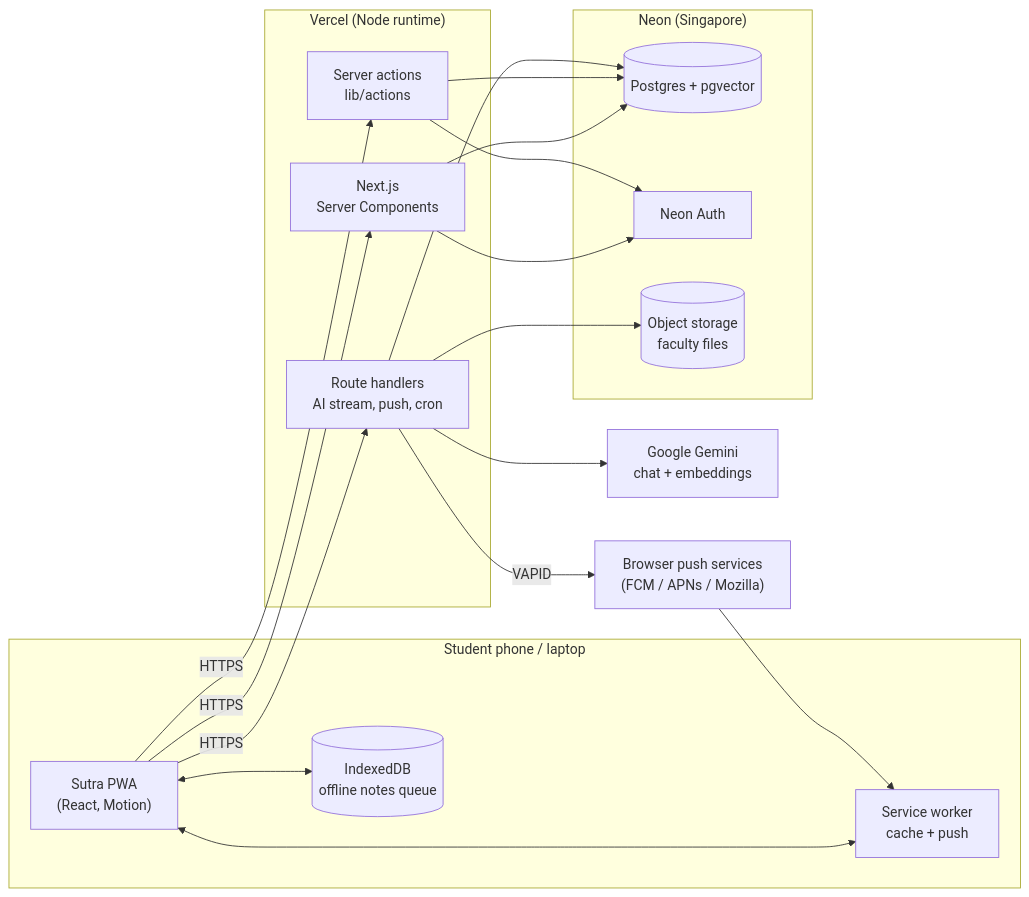
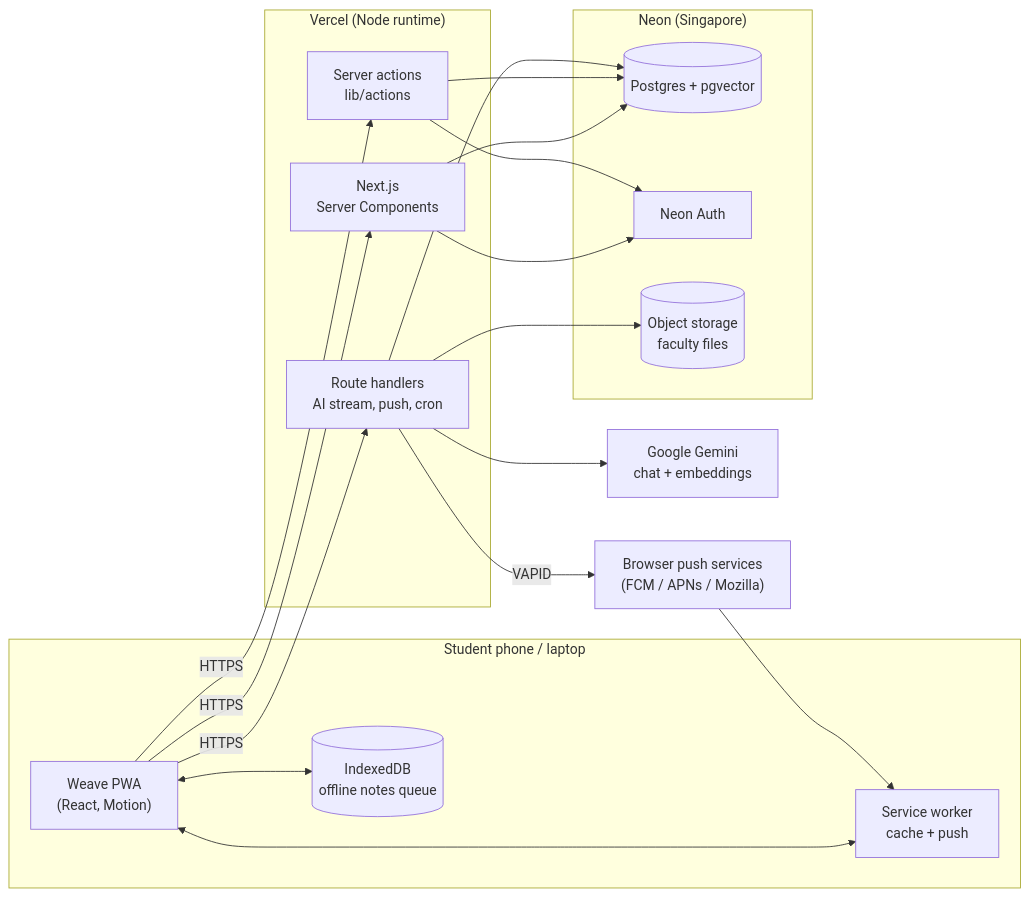
Before and after one commit to adarzhpathade/weave: the diagram in docs/architecture.md, drawn with Mermaid. The commit also changed 13 other files, not shown here.

````diff
--- a/docs/architecture.md
+++ b/docs/architecture.md
@@ -5,29 +5,29 @@
 ```mermaid
 flowchart LR
   subgraph Device["Student phone / laptop"]
-    UI["Sutra PWA<br/>(React, Motion)"]
+    UI["Weave PWA<br/>(React, Motion)"]
     SW["Service worker<br/>cache + push"]
     IDB[("IndexedDB<br/>offline notes queue")]
   end
   subgraph Vercel["Vercel (Node runtime)"]
     RSC["Next.js<br/>Server Components"]
     SA["Server actions<br/>lib/actions"]
     API["Route handlers<br/>AI stream, push, cron"]
   end
   subgraph Neon["Neon (Singapore)"]
     PG[("Postgres + pgvector")]
     AUTH["Neon Auth"]
     S3[("Object storage<br/>faculty files")]
   end
   GEM["Google Gemini<br/>chat + embeddings"]
   PUSH["Browser push services<br/>(FCM / APNs / Mozilla)"]
 
   UI <--> SW
   UI <--> IDB
   UI -- HTTPS --> RSC & SA & API
   RSC & SA & API --> PG
   RSC & SA --> AUTH
   API --> S3
   API --> GEM
   API -- VAPID --> PUSH --> SW
 ```
````
